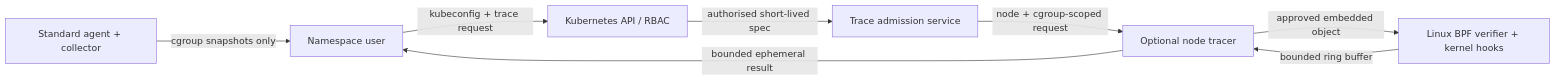
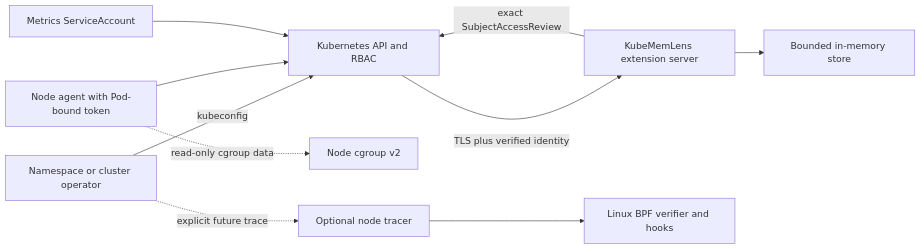
The diagram in docs/security/KubeMemLens-threat-model.md (danushkastanley/KubeMemLens), drawn with Mermaid before and after one commit. The commit also changed other lines of this file and 9 other files, not shown here.

Commit message:
docs: define Kubernetes auth architecture

````diff
--- a/docs/security/KubeMemLens-threat-model.md
+++ b/docs/security/KubeMemLens-threat-model.md
@@ -60,10 +73,12 @@
 ```mermaid
 flowchart LR
-  U["Namespace user"] -->|"kubeconfig + trace request"| A["Kubernetes API / RBAC"]
-  A -->|"authorised short-lived spec"| C["Trace admission service"]
-  C -->|"node + cgroup-scoped request"| T["Optional node tracer"]
-  T -->|"approved embedded object"| K["Linux BPF verifier + kernel hooks"]
-  K -->|"bounded ring buffer"| T
-  T -->|"bounded ephemeral result"| U
-  S["Standard agent + collector"] -->|"cgroup snapshots only"| U
+  U["Namespace or cluster operator"] -->|"kubeconfig"| K["Kubernetes API and RBAC"]
+  A["Node agent with Pod-bound token"] --> K
+  M["Metrics ServiceAccount"] --> K
+  K -->|"TLS plus verified identity"| E["KubeMemLens extension server"]
+  E -->|"exact SubjectAccessReview"| K
+  E --> S["Bounded in-memory store"]
+  A -. "read-only cgroup data" .-> C["Node cgroup v2"]
+  U -. "explicit future trace" .-> T["Optional node tracer"]
+  T --> B["Linux BPF verifier and hooks"]
 ```
````
